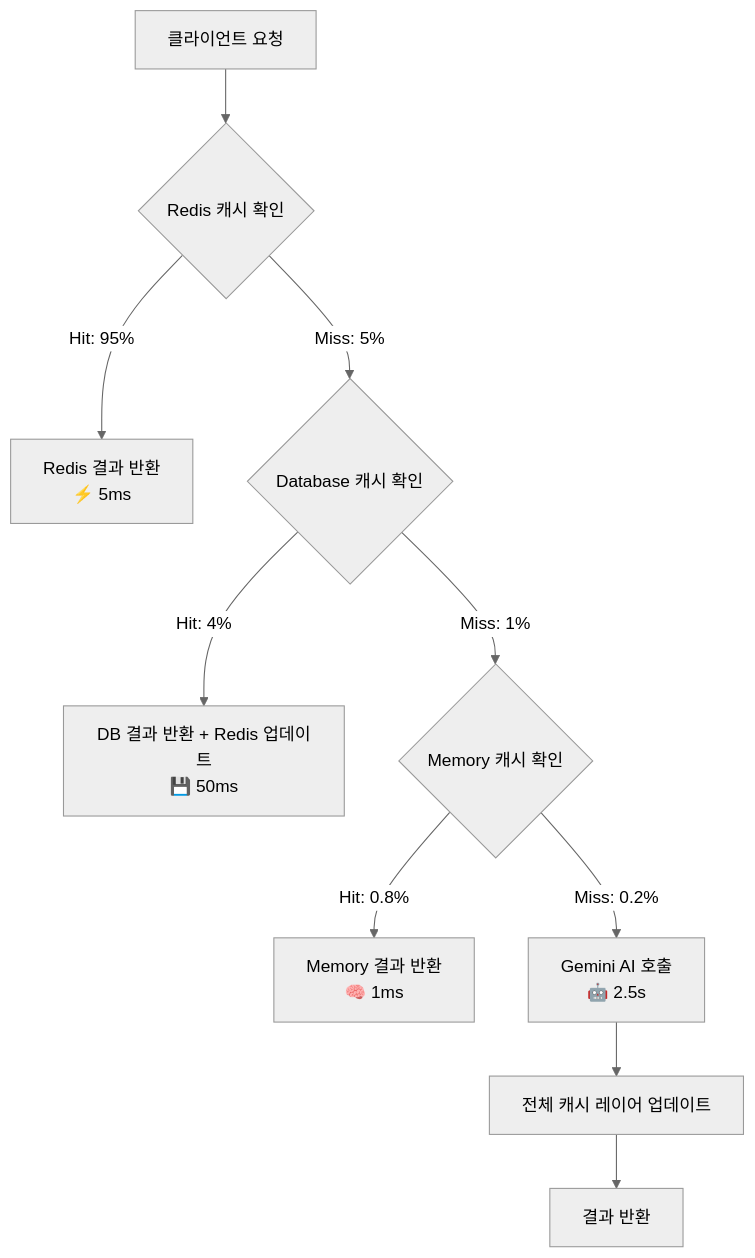
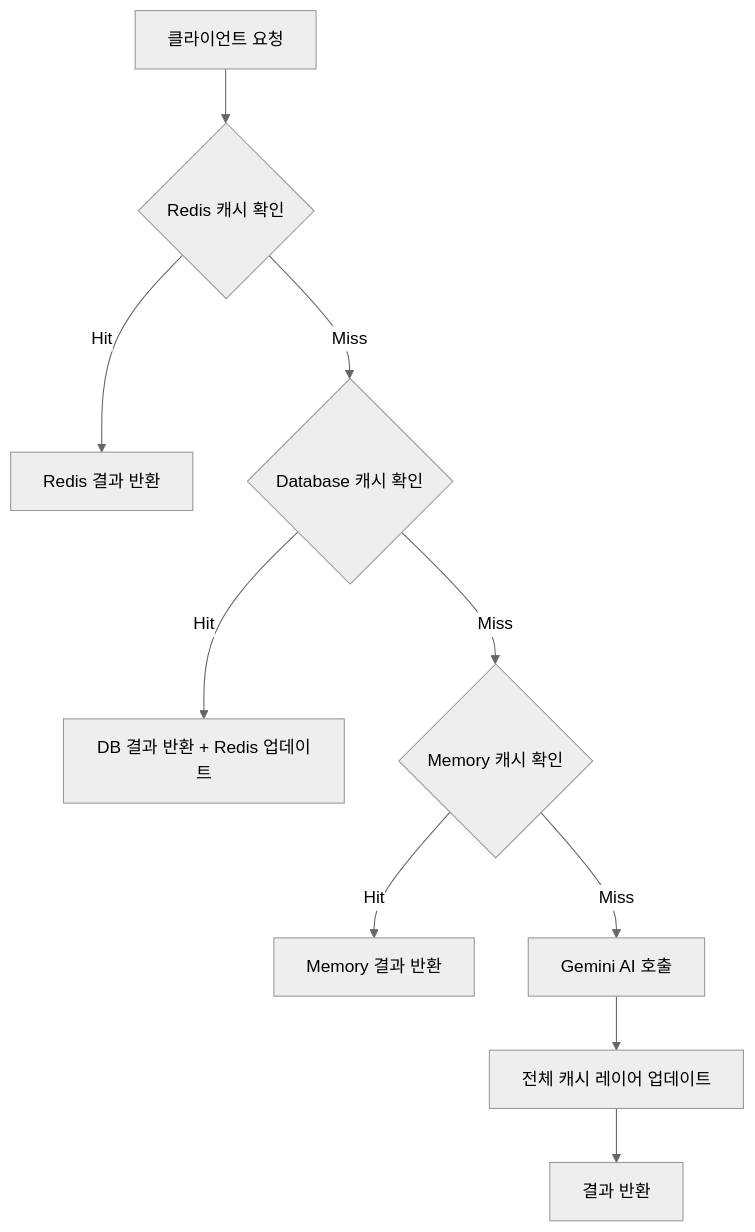
One commit to uthem150/criti-ai changed the diagram in backend/README.md. Above: the diagram before and after it, drawn with Mermaid (neutral theme). The commit also changed other lines of this file and 6 other files, not shown here.

````diff
--- a/backend/README.md
+++ b/backend/README.md
@@ -62,12 +59,12 @@
 ```mermaid
 graph TD
     A[클라이언트 요청] --> B{Redis 캐시 확인}
-    B -->|Hit: 95%| C[Redis 결과 반환<br/>⚡ 5ms]
-    B -->|Miss: 5%| D{Database 캐시 확인}
-    D -->|Hit: 4%| E[DB 결과 반환 + Redis 업데이트<br/>💾 50ms]
-    D -->|Miss: 1%| F{Memory 캐시 확인}
-    F -->|Hit: 0.8%| G[Memory 결과 반환<br/>🧠 1ms]
-    F -->|Miss: 0.2%| H[Gemini AI 호출<br/>🤖 2.5s]
+    B -->|Hit| C[Redis 결과 반환]
+    B -->|Miss| D{Database 캐시 확인}
+    D -->|Hit| E[DB 결과 반환 + Redis 업데이트]
+    D -->|Miss| F{Memory 캐시 확인}
+    F -->|Hit| G[Memory 결과 반환]
+    F -->|Miss| H[Gemini AI 호출]
     H --> I[전체 캐시 레이어 업데이트]
     I --> J[결과 반환]
 ```
````
